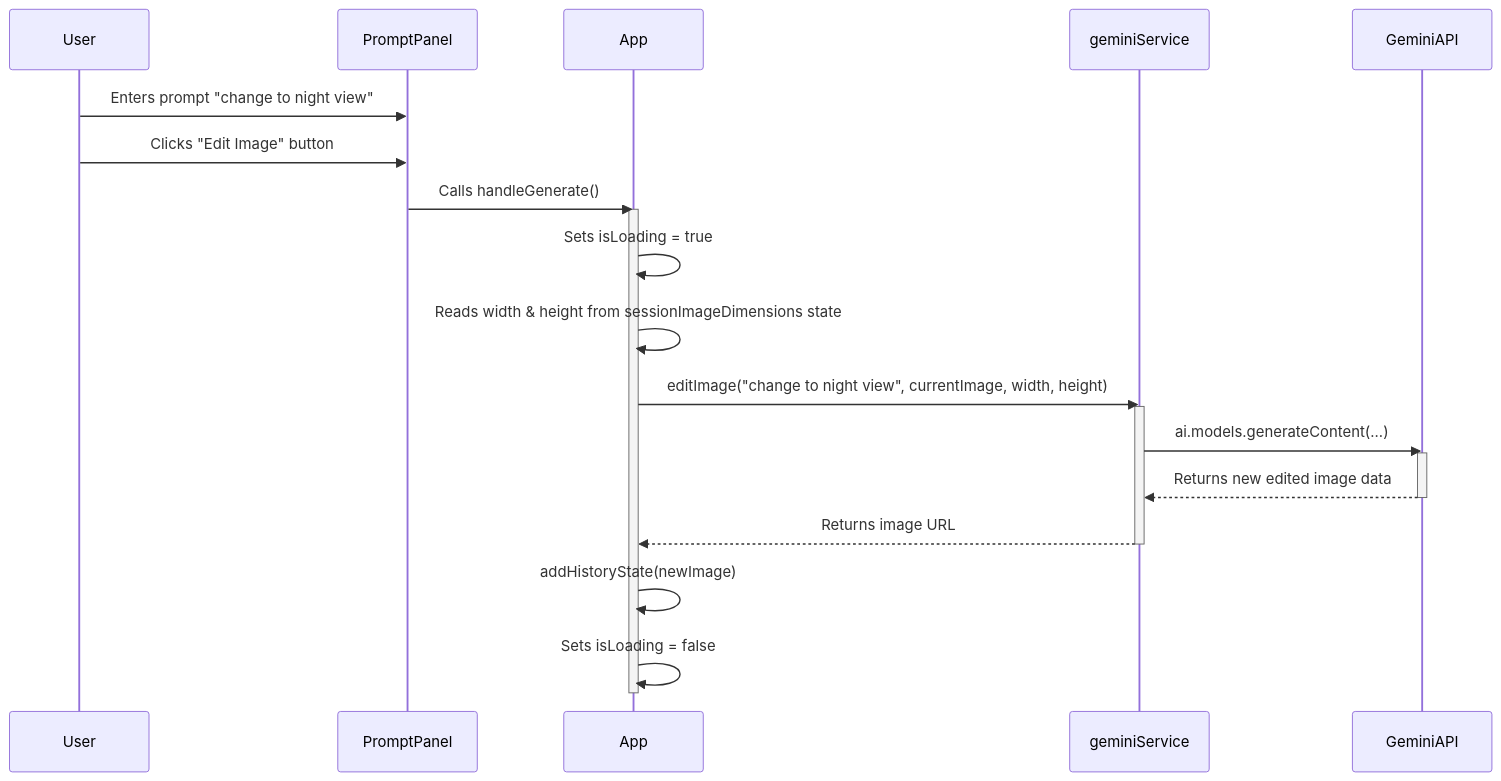
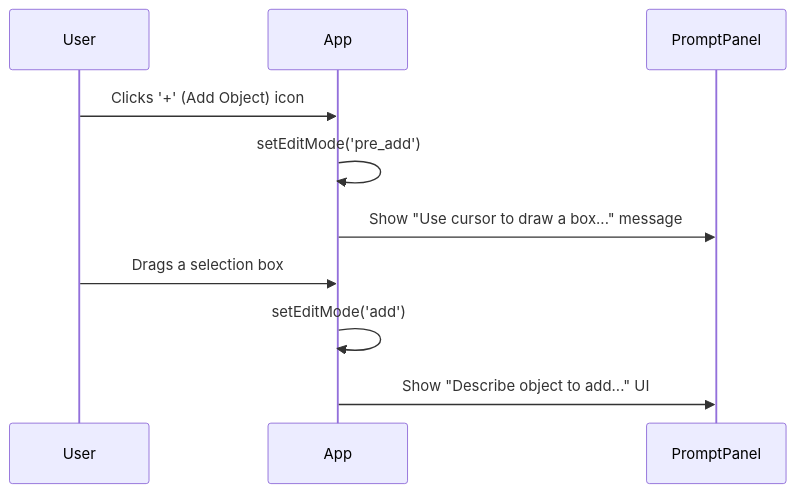
One commit to tydev-new/BananaPeel changed the fourth of 5 diagrams in DESIGN.md. Above: the diagram before and after it, drawn with Mermaid. The commit also changed other lines of this file and 6 other files, not shown here.

````diff
--- a/DESIGN.md
+++ b/DESIGN.md
@@ -256,26 +175,14 @@
 ```mermaid
 sequenceDiagram
     participant User
+    participant App
     participant PromptPanel
-    participant App
-    participant geminiService
-    participant GeminiAPI
-
-    User->>PromptPanel: Enters prompt "change to night view"
-    User->>PromptPanel: Clicks "Edit Image" button
-    PromptPanel->>App: Calls handleGenerate()
-    activate App
-    App->>App: Sets isLoading = true
-    App->>App: Reads width & height from sessionImageDimensions state
-    App->>geminiService: editImage("change to night view", currentImage, width, height)
-    activate geminiService
-    geminiService->>GeminiAPI: ai.models.generateContent(...)
-    activate GeminiAPI
-    GeminiAPI-->>geminiService: Returns new edited image data
-    deactivate GeminiAPI
-    geminiService-->>App: Returns image URL
-    deactivate geminiService
-    App->>App: addHistoryState(newImage)
-    App->>App: Sets isLoading = false
-    deactivate App
+    
+    User->>App: Clicks '+' (Add Object) icon
+    App->>App: setEditMode('pre_add')
+    App->>PromptPanel: Show "Use cursor to draw a box..." message
+    
+    User->>App: Drags a selection box
+    App->>App: setEditMode('add')
+    App->>PromptPanel: Show "Describe object to add..." UI
 ```
````
